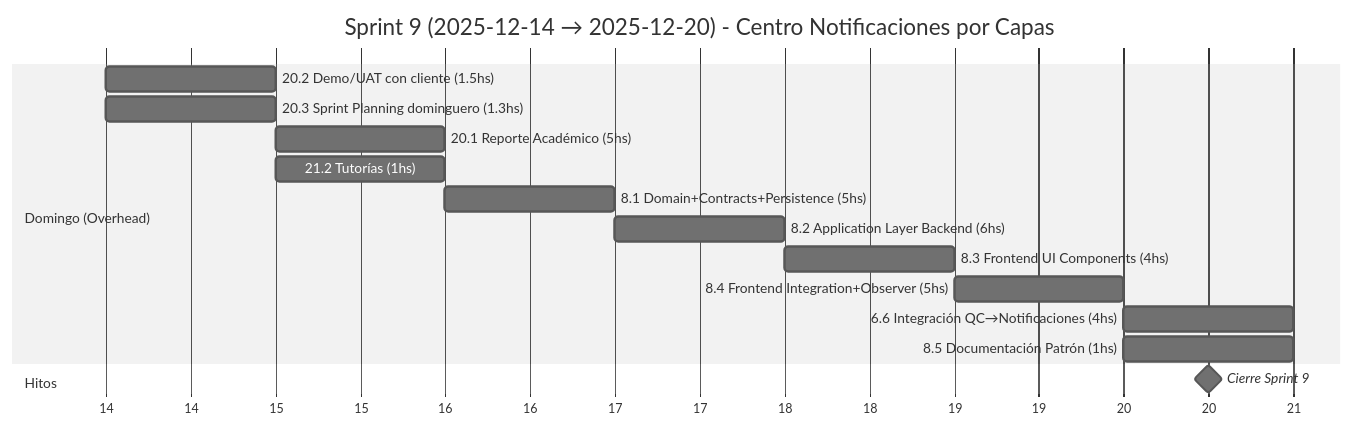
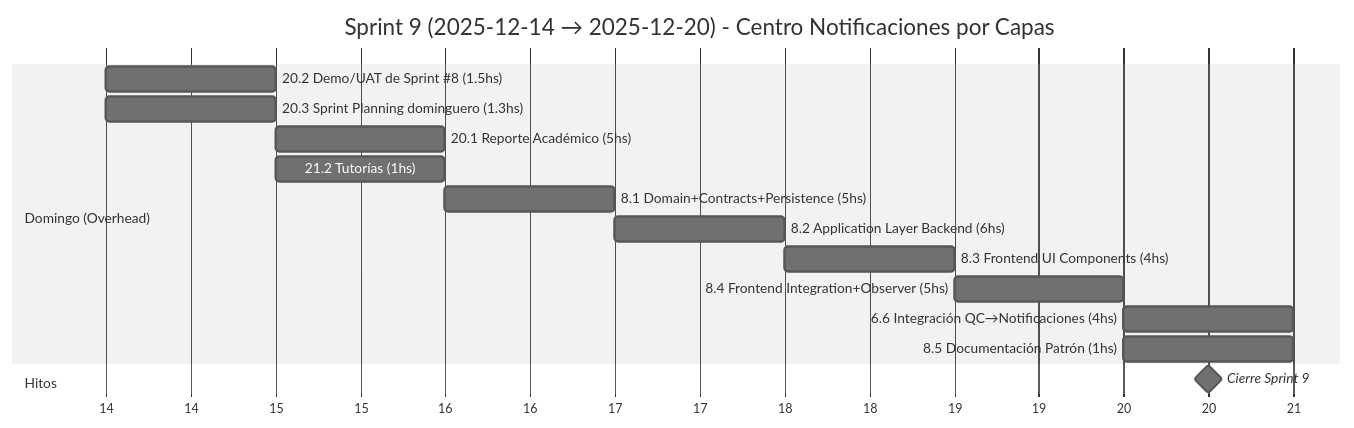
Before and after one commit to MarkMed/FleetMan: the tenth of 19 diagrams in docs/SprintsGantts.md, drawn with Mermaid (neutral theme). The commit also changed other lines of this file and 2 other files, not shown here.

Commit message:
feat: Update Sprint planning for sprint 11 and update Gantt charts

````diff
--- a/docs/SprintsGantts.md
+++ b/docs/SprintsGantts.md
@@ -287,24 +287,24 @@
 ```mermaid
 gantt
   title Sprint 9 (2025-12-14 → 2025-12-20) - Centro Notificaciones por Capas
   dateFormat  YYYY-MM-DD
   axisFormat  %d
 
   %% Asumimos 5 h/día. Horas estimadas incluidas en el nombre.
   %% Sprint enfocado 100% en sistema de notificaciones con arquitectura por capas
 
   section Domingo (Overhead)
-  20.2 Demo/UAT con cliente (1.5hs)            :t202, 2025-12-14, 1d
+  20.2 Demo/UAT de Sprint #8 (1.5hs)           :t202, 2025-12-14, 1d
   20.3 Sprint Planning dominguero (1.3hs)      :t203, 2025-12-14, 1d
   20.1 Reporte Académico (5hs)                 :t201, 2025-12-15, 1d
   21.2 Tutorías (1hs)                          :t212, 2025-12-15, 1d
   8.1 Domain+Contracts+Persistence (5hs)       :t81, 2025-12-16, 1d
   8.2 Application Layer Backend (6hs)          :t82, after t81, 1d
   8.3 Frontend UI Components (4hs)             :t83, after t82, 1d
   8.4 Frontend Integration+Observer (5hs)      :t84, after t83, 1d
   6.6 Integración QC→Notificaciones (4hs)      :t66, after t84, 1d
   8.5 Documentación Patrón (1hs)               :t85, after t84, 1d
 
   section Hitos
   Cierre Sprint 9                              :milestone, s9, 2025-12-20, 1d
 ```
````
